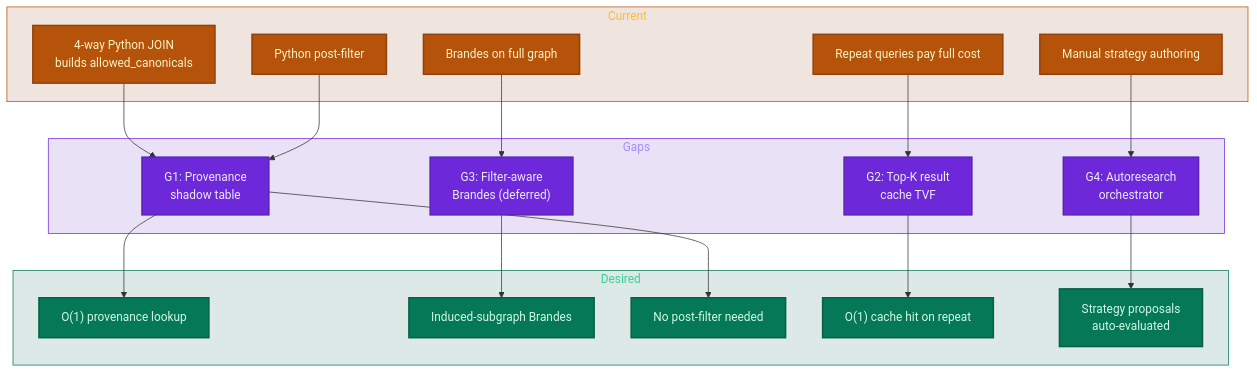
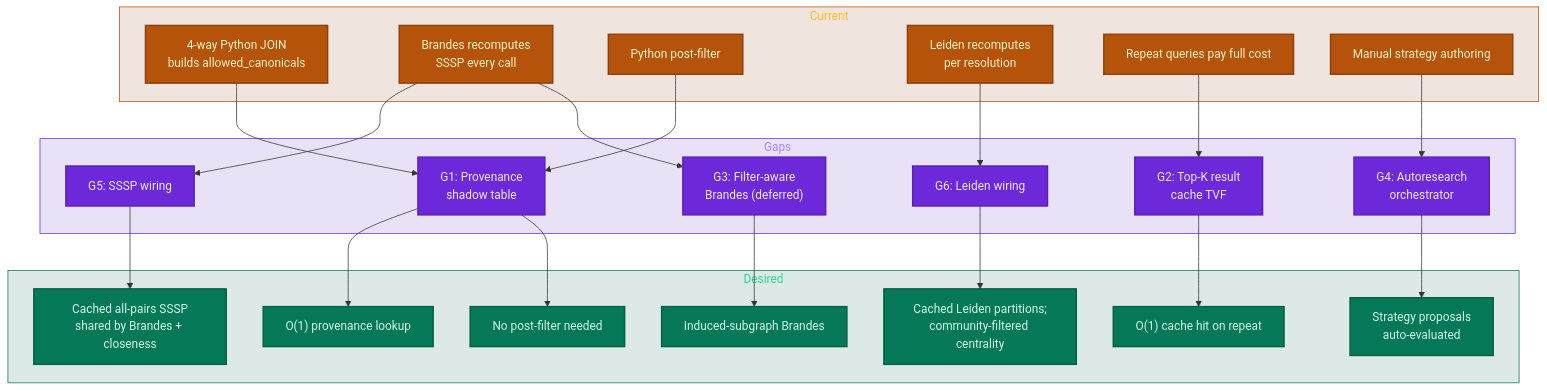
One commit to neozenith/sqlite-muninn changed the fourth of 5 diagrams in docs/plans/adv-centrality-filtering.md. Above: the diagram before and after it, drawn with Mermaid. The commit also changed other lines of this file, not shown here.

````diff
--- a/docs/plans/adv-centrality-filtering.md
+++ b/docs/plans/adv-centrality-filtering.md
@@ -244,41 +256,48 @@
 ```mermaid
 flowchart TD
     subgraph Curr [Current]
         C_JOIN["4-way Python JOIN<br/>builds allowed_canonicals"]
-        C_BREN["Brandes on full graph"]
+        C_BREN["Brandes recomputes<br/>SSSP every call"]
         C_PFLT["Python post-filter"]
+        C_LEID["Leiden recomputes<br/>per resolution"]
         C_RPT["Repeat queries pay full cost"]
         C_HRN["Manual strategy authoring"]
     end
 
     subgraph Gaps [Gaps]
         G1G["G1: Provenance<br/>shadow table"]
         G2G["G2: Top-K result<br/>cache TVF"]
         G3G["G3: Filter-aware<br/>Brandes (deferred)"]
         G4G["G4: Autoresearch<br/>orchestrator"]
+        G5G["G5: SSSP wiring"]
+        G6G["G6: Leiden wiring"]
     end
 
     subgraph Des [Desired]
         D_LOOK["O(1) provenance lookup"]
         D_INDU["Induced-subgraph Brandes"]
         D_NOFL["No post-filter needed"]
         D_CACHE["O(1) cache hit on repeat"]
         D_AUTO["Strategy proposals<br/>auto-evaluated"]
+        D_SSSP["Cached all-pairs SSSP<br/>shared by Brandes + closeness"]
+        D_COMM["Cached Leiden partitions;<br/>community-filtered centrality"]
     end
 
     C_JOIN --> G1G --> D_LOOK
     C_PFLT --> G1G --> D_NOFL
+    C_BREN --> G5G --> D_SSSP
     C_BREN --> G3G --> D_INDU
+    C_LEID --> G6G --> D_COMM
     C_RPT --> G2G --> D_CACHE
     C_HRN --> G4G --> D_AUTO
 
     classDef curr fill:#b45309,stroke:#92400e,color:#fef3c7,stroke-width:2px
     classDef gap fill:#6d28d9,stroke:#5b21b6,color:#ede9fe,stroke-width:2px
     classDef des fill:#047857,stroke:#065f46,color:#d1fae5,stroke-width:2px
-    class C_JOIN,C_BREN,C_PFLT,C_RPT,C_HRN curr
-    class G1G,G2G,G3G,G4G gap
-    class D_LOOK,D_INDU,D_NOFL,D_CACHE,D_AUTO des
+    class C_JOIN,C_BREN,C_PFLT,C_RPT,C_HRN,C_LEID curr
+    class G1G,G2G,G3G,G4G,G5G,G6G gap
+    class D_LOOK,D_INDU,D_NOFL,D_CACHE,D_AUTO,D_SSSP,D_COMM des
     style Curr fill:#92400e22,stroke:#b45309,color:#fbbf24
     style Gaps fill:#5b21b622,stroke:#6d28d9,color:#a78bfa
     style Des fill:#065f4622,stroke:#047857,color:#34d399
 ```
````
